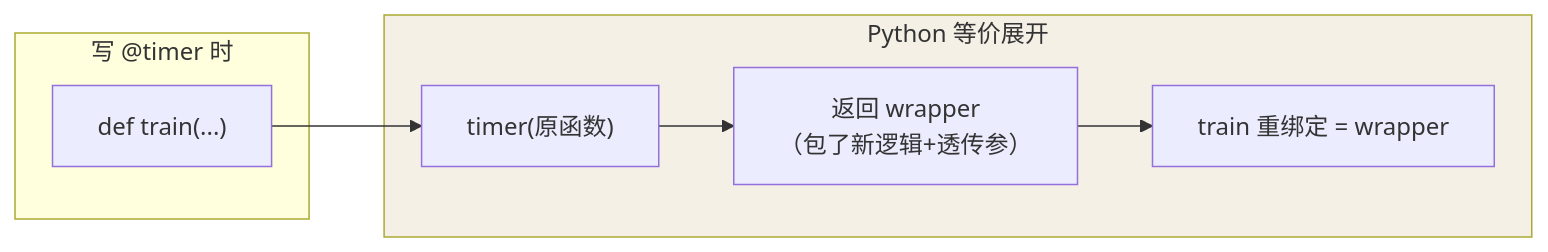
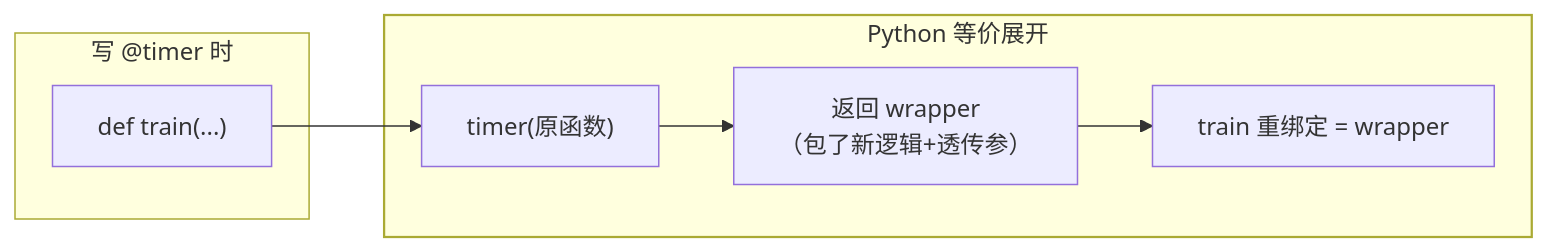
Before and after one commit to Loadhao/ascension: the first of 2 diagrams in src/content/docs/python/basic/functions/03-decorators.md, drawn with Mermaid. The commit also changed other lines of this file and 87 other files, not shown here.

First line of the commit message:
fix: 全站图表配色改由主题接管，修复暗色主题下浅底浅字看不清

````diff
--- a/src/content/docs/python/basic/functions/03-decorators.md
+++ b/src/content/docs/python/basic/functions/03-decorators.md
@@ -27,12 +27,13 @@
 ```mermaid
 flowchart LR
     subgraph sugar["写 @timer 时"]
         A["def train(...)"] 
     end
     subgraph desugar["Python 等价展开"]
         B["timer(原函数)"] --> C["返回 wrapper<br/>（包了新逻辑+透传参）"]
         C --> D["train 重绑定 = wrapper"]
     end
     A --> B
-    style desugar fill:#f5f0e6
+    class desugar hl
+    classDef hl stroke-width:1.5px
 ```
````
